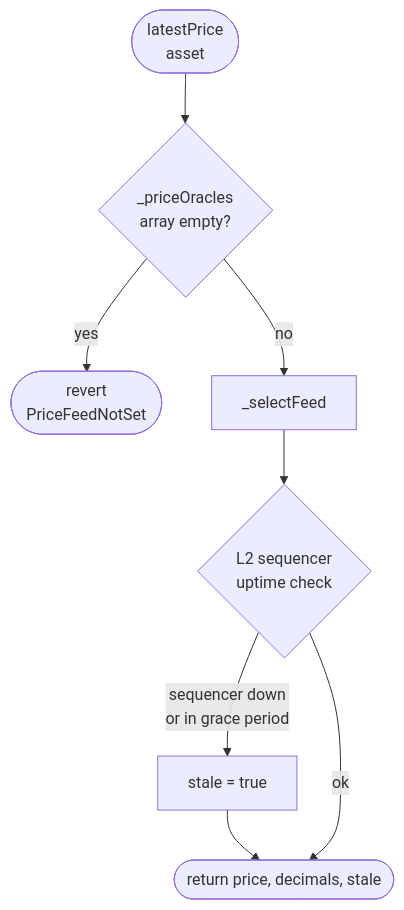
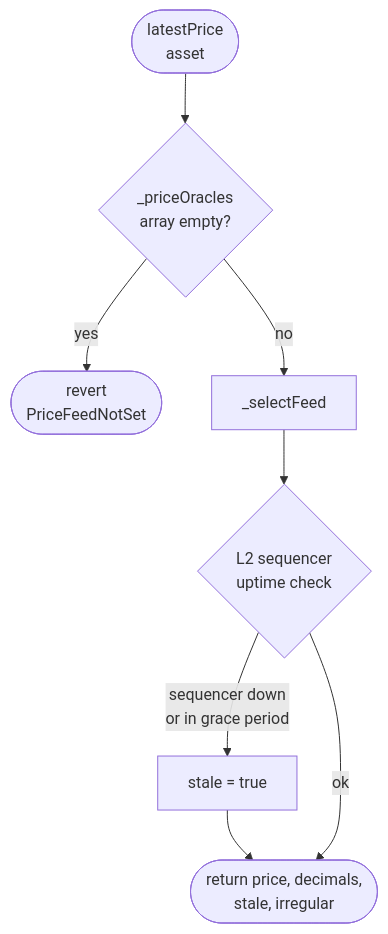
One commit to karpatkey/onchain-accounting changed the first of 2 diagrams in src/prices/PRICE_ADAPTERS.md. Above: the diagram before and after it, drawn with Mermaid. The commit also changed other lines of this file and 6 other files, not shown here.

````diff
--- a/src/prices/PRICE_ADAPTERS.md
+++ b/src/prices/PRICE_ADAPTERS.md
@@ -43,10 +43,10 @@
 ```mermaid
 flowchart TD
     A([latestPrice<br/>asset]) --> B{_priceOracles<br/>array empty?}
     B -- yes --> ERR1([revert<br/>PriceFeedNotSet])
     B -- no --> C[_selectFeed]
     C --> D{L2 sequencer<br/>uptime check}
     D -- sequencer down<br/>or in grace period --> SEQ[stale = true]
     SEQ --> RET
-    D -- ok --> RET([return price, decimals, stale])
+    D -- ok --> RET([return price, decimals,<br/>stale, irregular])
 ```
````
